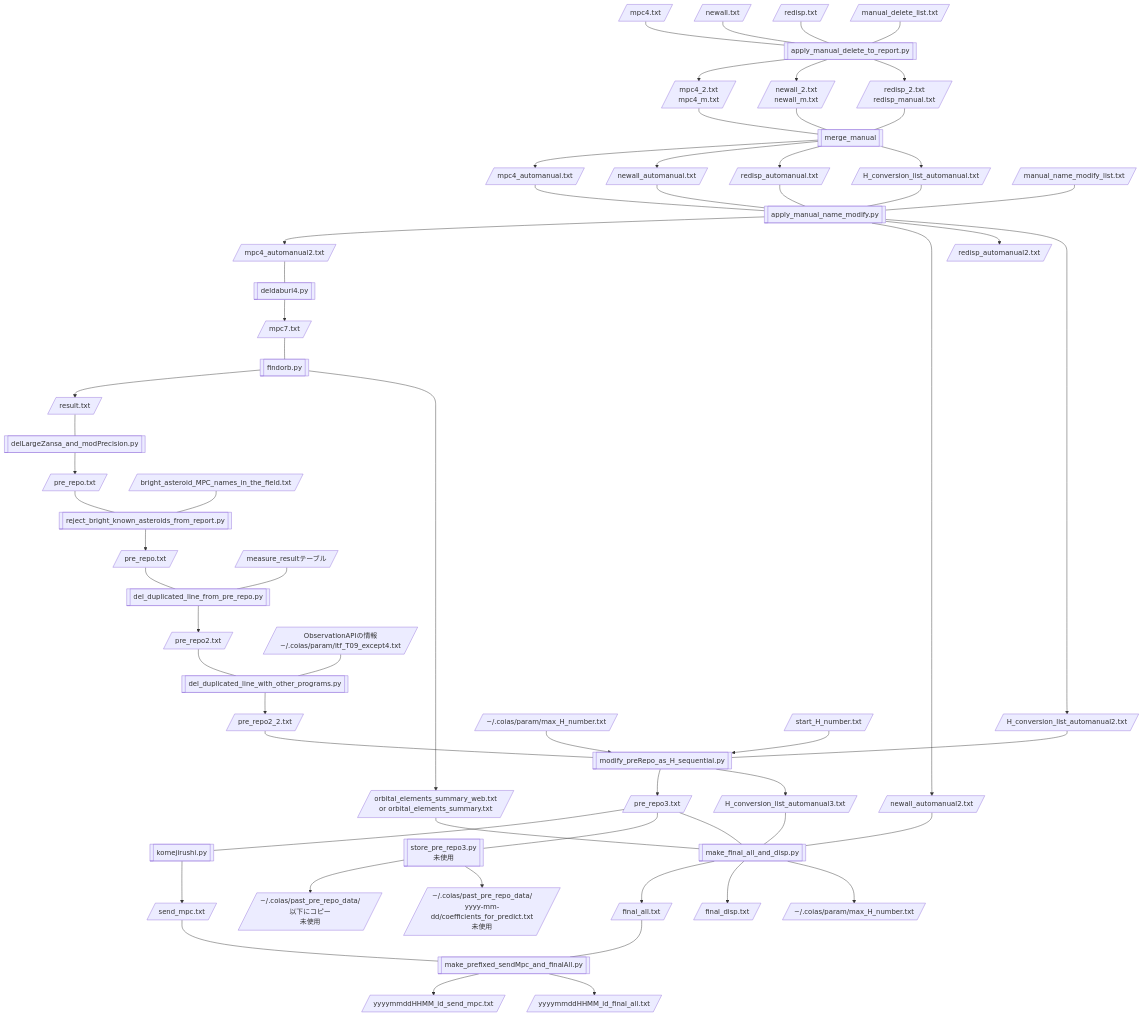
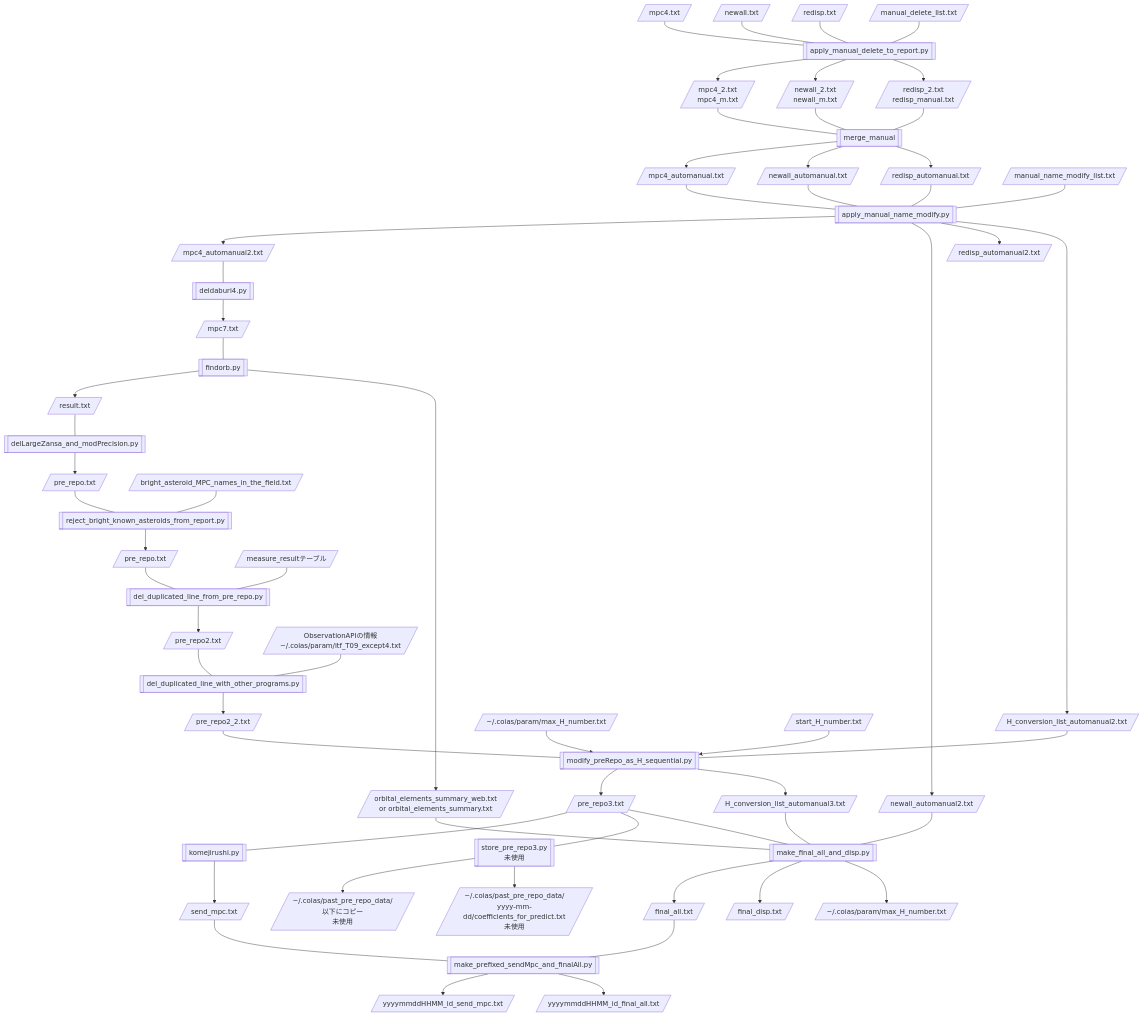
Before and after one commit to COIAS-program/COIAS_program_github: the diagram in flowcharts/flowchart7-AstsearchR_afterReCOIAS.md, drawn with Mermaid. The commit also changed 1 other file, not shown here.

Commit message:
src7: merge_manualにて存在しなくなったH_conversion_list.txtの結合をしないようにした

```````diff
--- a/flowcharts/flowchart7-AstsearchR_afterReCOIAS.md
+++ b/flowcharts/flowchart7-AstsearchR_afterReCOIAS.md
@@ -3,65 +3,63 @@
 ```mermaid
 flowchart TD
     n[/mpc4.txt/] --- o[[apply_manual_delete_to_report.py]]
     p[/newall.txt/] --- o
     q[/redisp.txt/] --- o
     E[/manual_delete_list.txt/] --- o
     o --> A
     o --> C
     o --> D
     A[/mpc4_2.txt<br>mpc4_m.txt/] --- B[[merge_manual]]
     C[/newall_2.txt<br>newall_m.txt/] --- B
     D[/redisp_2.txt<br>redisp_manual.txt/] --- B
 
     B --> F[/mpc4_automanual.txt/]
     B --> G[/newall_automanual.txt/]
     B --> H[/redisp_automanual.txt/]
-    B --> I[/H_conversion_list_automanual.txt/]
     l[/manual_name_modify_list.txt/] --- J
     F --- J[[apply_manual_name_modify.py]]
     G --- J
     H --- J
-    I --- J
     J --> K[/mpc4_automanual2.txt/]
     J --> L[/newall_automanual2.txt/]
     J --> M[/redisp_automanual2.txt/]
     J --> N[/H_conversion_list_automanual2.txt/]
     K --- O[[deldaburi4.py]]
     O --> P[/mpc7.txt/]
     P --- Q[[findorb.py]]
     Q --> R[/result.txt/]
     Q --> S[/orbital_elements_summary_web.txt<br>or orbital_elements_summary.txt/]
     R --- T[[delLargeZansa_and_modPrecision.py]]
     T --> U[/pre_repo.txt/]
     U --- V[[reject_bright_known_asteroids_from_report.py]]
     V --> W[/pre_repo.txt/]
     X[/bright_asteroid_MPC_names_in_the_field.txt/] --- V
 	W --- b[[del_duplicated_line_from_pre_repo.py]]
 	c[/measure_resultテーブル/] --- b
 	b --> d[/pre_repo2.txt/]
     d --- Y2[[del_duplicated_line_with_other_programs.py]]
     c2[/ObservationAPIの情報<br>~/.coias/param/itf_T09_except4.txt/] --- Y2
     Y2 --> d2[/pre_repo2_2.txt/]
     d2 --- Y[[modify_preRepo_as_H_sequential.py]]
     r[/"~/.coias/param/max_H_number.txt"/] --> Y
     s[/start_H_number.txt/] --> Y
     Y --> Z[/pre_repo3.txt/]
     Y --> a[/H_conversion_list_automanual3.txt/]
     N --- Y
     Z --- e[[komejirushi.py]]
     e --> f[/send_mpc.txt/]
     Z --- g[[store_pre_repo3.py<br>未使用]]
     g --> h[/"~"/.coias/past_pre_repo_data/以下にコピー<br>未使用/]
     g --> m[/"~"/.coias/past_pre_repo_data/<br>yyyy-mm-dd/coefficients_for_predict.txt<br>未使用/]
     a --- i[[make_final_all_and_disp.py]]
     Z --- i
     L --- i
     i --> j[/final_all.txt/]
     i --> k[/final_disp.txt/]
     i --> t[/"~/.coias/param/max_H_number.txt"/]
     S --- i
     j --- u[[make_prefixed_sendMpc_and_finalAll.py]]
     f --- u
     u --> v[/yyyymmddHHMM_id_send_mpc.txt/]
     u --> w[/yyyymmddHHMM_id_final_all.txt/]
 ``````
```````
